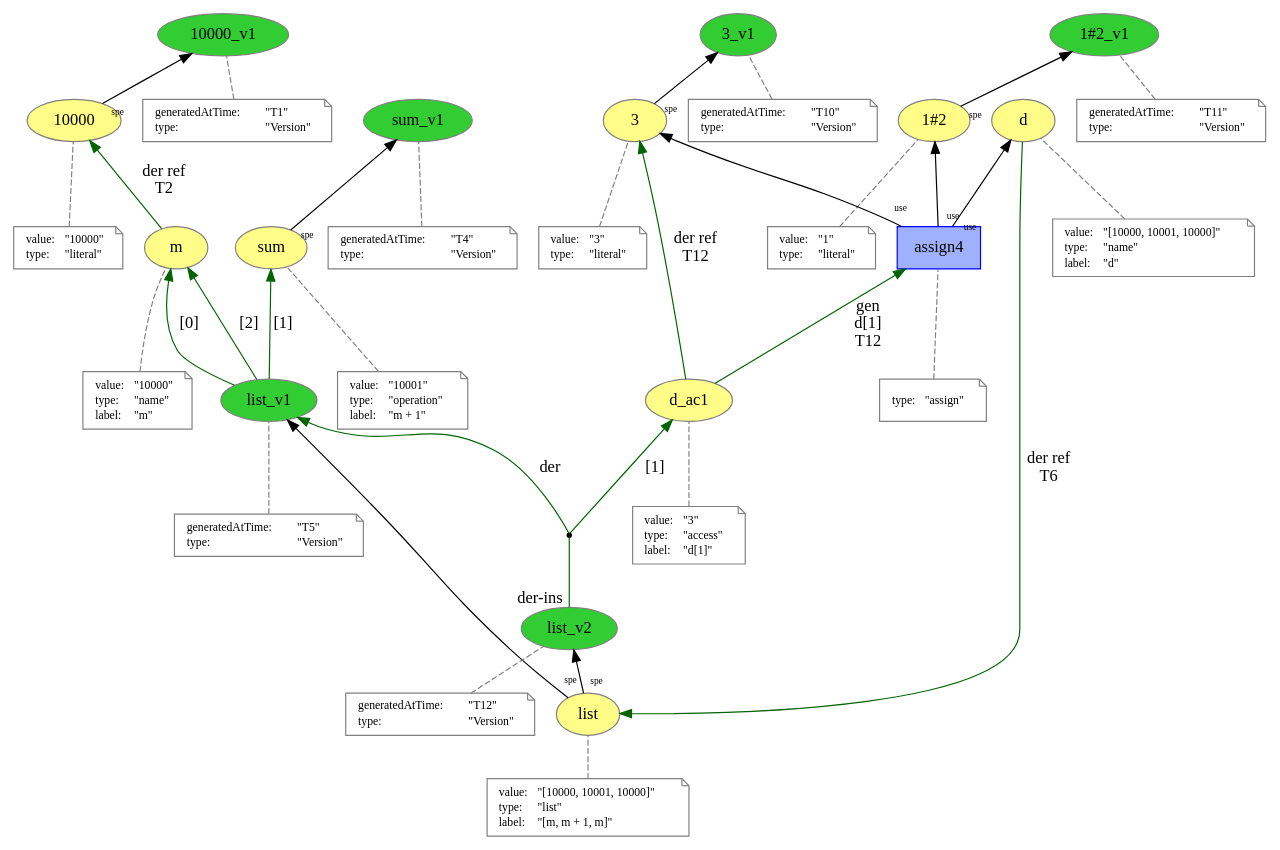
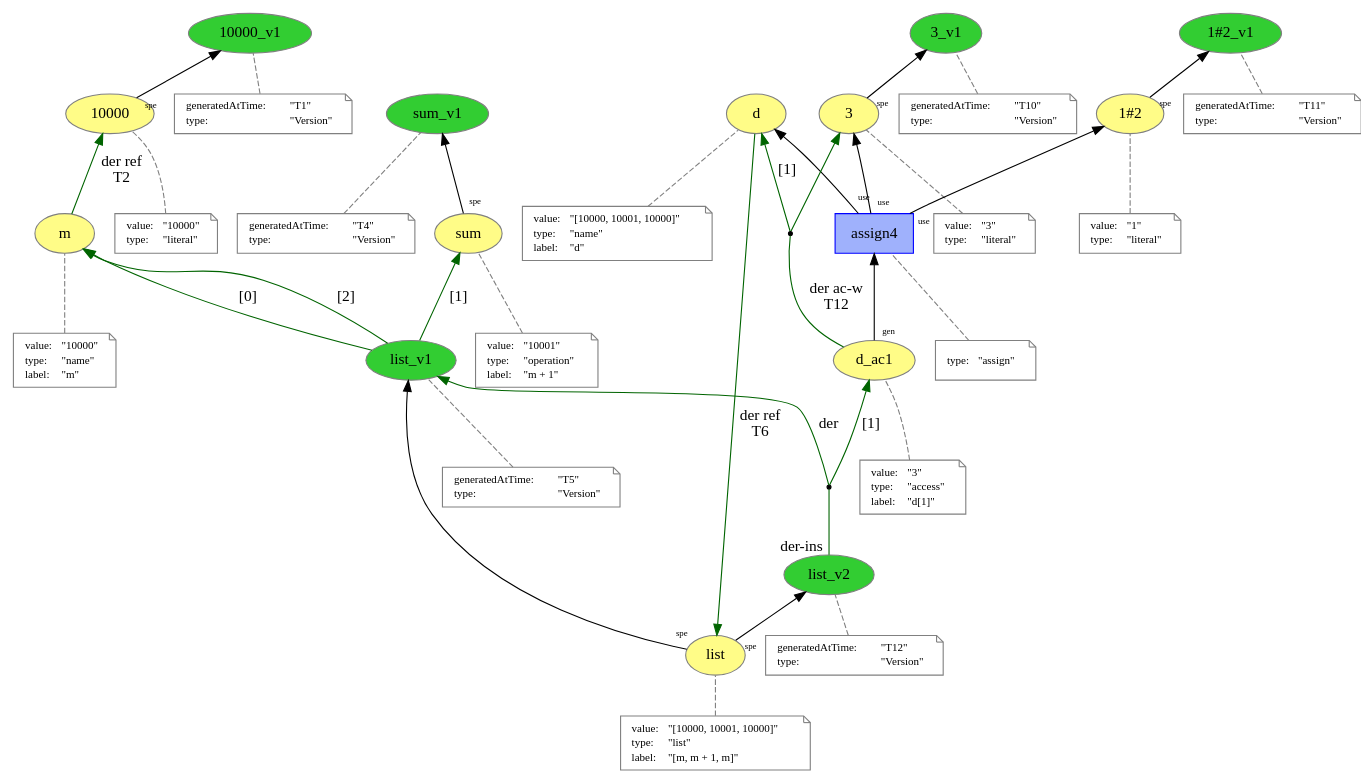
The diagram in intertwined_prov/part_assign.dot (dew-uff/versioned-prov), drawn with Graphviz before and after one commit. The commit also changed 972 other files, not shown here.

```diff
--- a/intertwined_prov/part_assign.dot
+++ b/intertwined_prov/part_assign.dot
@@ -215,9 +215,10 @@
 "http://example.org/assign4" -> "http://example.org/d" [labelfontsize="8",labeldistance="1.5",labelangle="60.0",rotation="20",taillabel="use"]
 "http://example.org/assign4" -> "http://example.org/1#2" [labelfontsize="8",labeldistance="1.5",labelangle="60.0",rotation="20",taillabel="use"]
 "http://example.org/assign4" -> "http://example.org/3" [labelfontsize="8",labeldistance="1.5",labelangle="60.0",rotation="20",taillabel="use"]
-"http://example.org/d_ac1" -> "http://example.org/assign4" [labelfontsize="8",labeldistance="1.5",color="darkgreen",labelangle="60.0",rotation="20",label="gen
-d[1]
+"http://example.org/d_ac1" -> "http://example.org/assign4" [labelfontsize="8",labeldistance="1.5",labelangle="60.0",rotation="20",taillabel="gen"]
+"bn1" [shape="point",label=""]
+"http://example.org/d_ac1" -> "bn1" [arrowhead="none",color="darkgreen",label="der ac-w
 T12"]
-"http://example.org/d_ac1" -> "http://example.org/3" [labelfontsize="8",labeldistance="1.5",color="darkgreen",labelangle="60.0",rotation="20",label="der ref
-T12"]
+"bn1" -> "http://example.org/d" [labelfontsize="8",labeldistance="1.5",color="darkgreen",labelangle="60.0",rotation="20",label="[1]"]
+"bn1" -> "http://example.org/3" [color="darkgreen"]
 }
```
